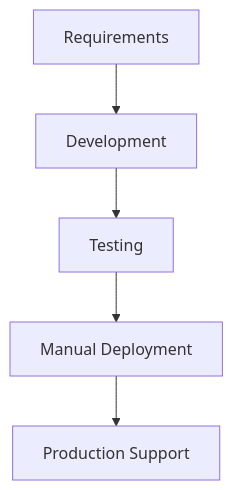
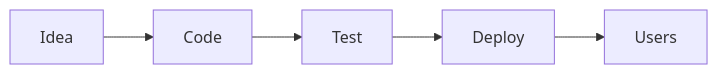
One commit to bhanumurthyreddi/notes changed the first of 2 diagrams in docs/DevOps/Foundations.md. Above: the diagram before and after it, drawn with Mermaid. The commit also changed other lines of this file and 14 other files, not shown here.

````diff
--- a/docs/DevOps/Foundations.md
+++ b/docs/DevOps/Foundations.md
@@ -53,7 +79,7 @@
 ```mermaid
-graph TD
-  A[Requirements] --> B[Development]
-  B --> C[Testing]
-  C --> D[Manual Deployment]
-  D --> E[Production Support]
+graph LR
+  A[Idea] --> B[Code]
+  B --> C[Test]
+  C --> D[Deploy]
+  D --> E[Users]
 ```
````
